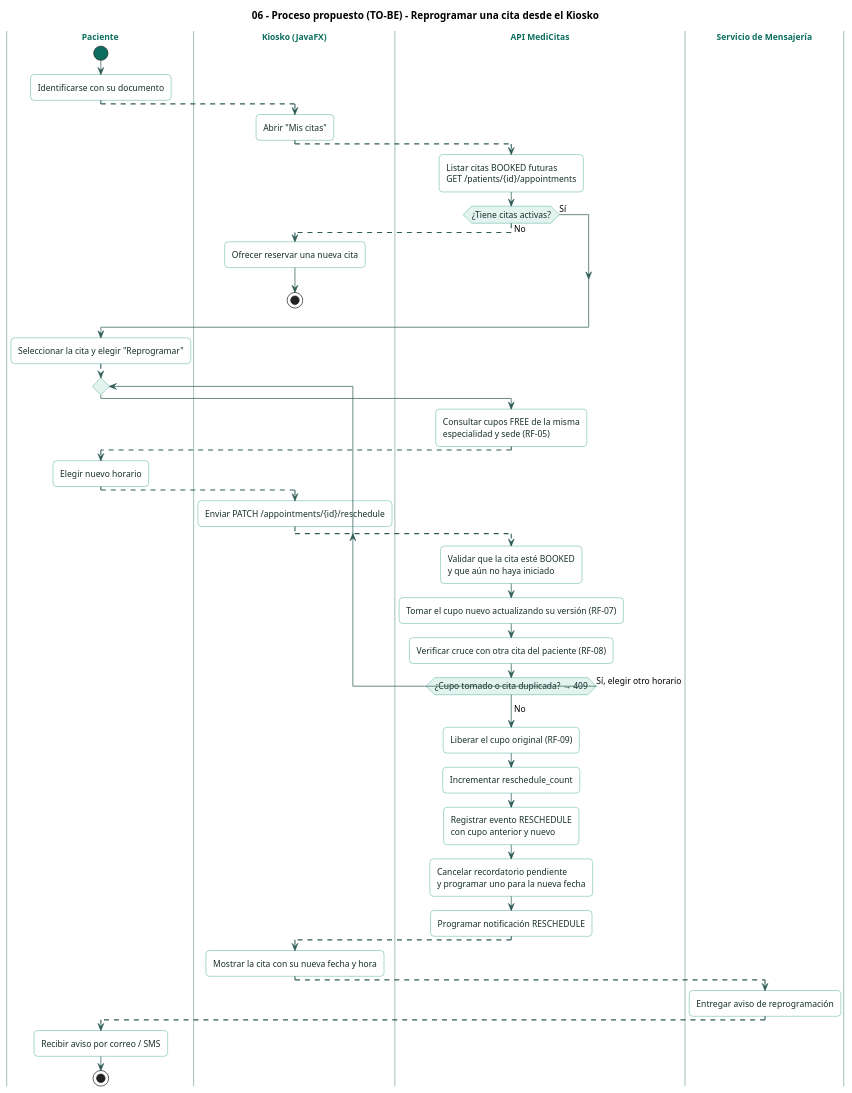
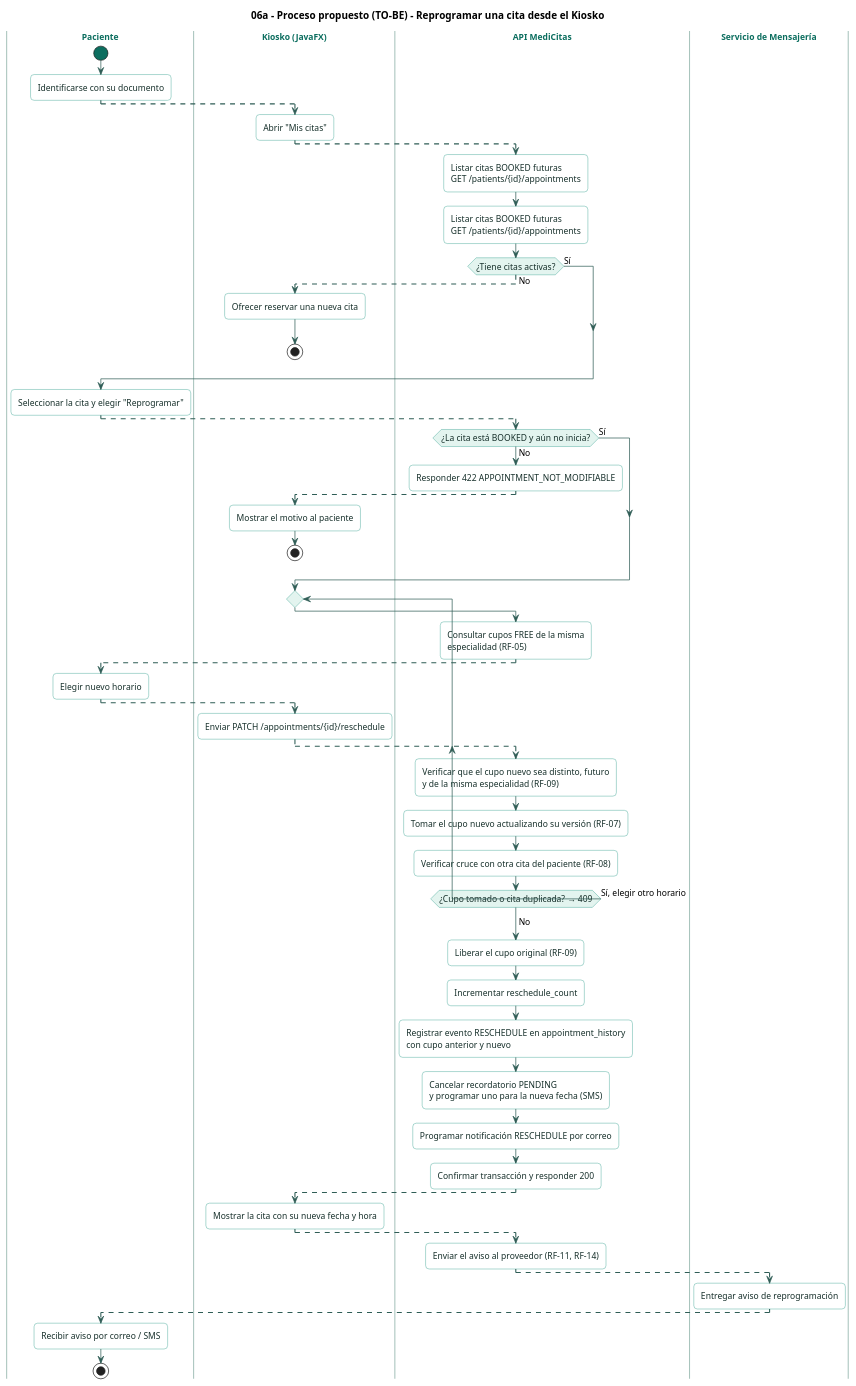
The diagram in docs/diagrams/06-process-reschedule.puml (Jimena-CC/ProyectoCitasMedicas), drawn with PlantUML before and after one commit. The commit also changed 19 other files, not shown here.

```diff
--- a/docs/diagrams/06-process-reschedule.puml
+++ b/docs/diagrams/06-process-reschedule.puml
@@ -1,94 +1,117 @@
 @startuml
-title 06 - Proceso propuesto (TO-BE) - Reprogramar una cita desde el Kiosko
+title 06a - Proceso propuesto (TO-BE) - Reprogramar una cita desde el Kiosko
 
 skinparam shadowing false
 skinparam roundCorner 10
 skinparam defaultFontName "Helvetica"
 skinparam defaultFontSize 12
 skinparam ArrowColor #2F5D56
 skinparam SwimlaneBorderColor #A9C4BD
 skinparam SwimlaneTitleFontColor #0C6E5F
 skinparam SwimlaneTitleFontStyle bold
 skinparam activity {
   BackgroundColor #FFFFFF
   BorderColor #13917D
   FontColor #17302B
   DiamondBackgroundColor #E3F4EF
   DiamondBorderColor #13917D
   StartColor #0C6E5F
   EndColor #0C6E5F
 }
 skinparam note {
   BackgroundColor #FFF8E6
   BorderColor #D9B45A
   FontColor #3D3321
 }
 
 ' Orden de los carriles
 |Paciente|
 |Kiosko (JavaFX)|
 |API MediCitas|
 |Servicio de Mensajería|
 
 |Paciente|
 start
 :Identificarse con su documento;
 -[#2F5D56,dashed]->
+-[#2F5D56,dashed]->
 
 |Kiosko (JavaFX)|
 :Abrir "Mis citas";
 -[#2F5D56,dashed]->
+-[#2F5D56,dashed]->
 
 |API MediCitas|
 :Listar citas BOOKED futuras\nGET /patients/{id}/appointments;
+:Listar citas BOOKED futuras\nGET /patients/{id}/appointments;
 
 if (¿Tiene citas activas?) then (No)
+  -[#2F5D56,dashed]->
   -[#2F5D56,dashed]->
   |Kiosko (JavaFX)|
   :Ofrecer reservar una nueva cita;
   stop
 else (Sí)
 endif
 -[#2F5D56,dashed]->
+-[#2F5D56,dashed]->
 
 |Paciente|
 :Seleccionar la cita y elegir "Reprogramar";
 -[#2F5D56,dashed]->
 
+|API MediCitas|
+if (¿La cita está BOOKED y aún no inicia?) then (No)
+  :Responder 422 APPOINTMENT_NOT_MODIFIABLE;
+  -[#2F5D56,dashed]->
+  |Kiosko (JavaFX)|
+  :Mostrar el motivo al paciente;
+  stop
+else (Sí)
+endif
+
 repeat
   |API MediCitas|
-  :Consultar cupos FREE de la misma\nespecialidad y sede (RF-05);
+  :Consultar cupos FREE de la misma\nespecialidad (RF-05);
   -[#2F5D56,dashed]->
   |Paciente|
   :Elegir nuevo horario;
   -[#2F5D56,dashed]->
+  -[#2F5D56,dashed]->
   |Kiosko (JavaFX)|
   :Enviar PATCH /appointments/{id}/reschedule;
   -[#2F5D56,dashed]->
+  -[#2F5D56,dashed]->
   |API MediCitas|
-  :Validar que la cita esté BOOKED\ny que aún no haya iniciado;
+  :Verificar que el cupo nuevo sea distinto, futuro\ny de la misma especialidad (RF-09);
   :Tomar el cupo nuevo actualizando su versión (RF-07);
   :Verificar cruce con otra cita del paciente (RF-08);
 repeat while (¿Cupo tomado o cita duplicada? → 409) is (Sí, elegir otro horario)
 ->No;
 
 :Liberar el cupo original (RF-09);
 :Incrementar reschedule_count;
-:Registrar evento RESCHEDULE\ncon cupo anterior y nuevo;
-:Cancelar recordatorio pendiente\ny programar uno para la nueva fecha;
-:Programar notificación RESCHEDULE;
+:Registrar evento RESCHEDULE en appointment_history\ncon cupo anterior y nuevo;
+:Cancelar recordatorio PENDING\ny programar uno para la nueva fecha (SMS);
+:Programar notificación RESCHEDULE por correo;
+:Confirmar transacción y responder 200;
 -[#2F5D56,dashed]->
 
 |Kiosko (JavaFX)|
 :Mostrar la cita con su nueva fecha y hora;
 -[#2F5D56,dashed]->
 
+|API MediCitas|
+:Enviar el aviso al proveedor (RF-11, RF-14);
+-[#2F5D56,dashed]->
+
 |Servicio de Mensajería|
 :Entregar aviso de reprogramación;
+-[#2F5D56,dashed]->
 -[#2F5D56,dashed]->
 
 |Paciente|
 :Recibir aviso por correo / SMS;
 stop
 
 @enduml
```
